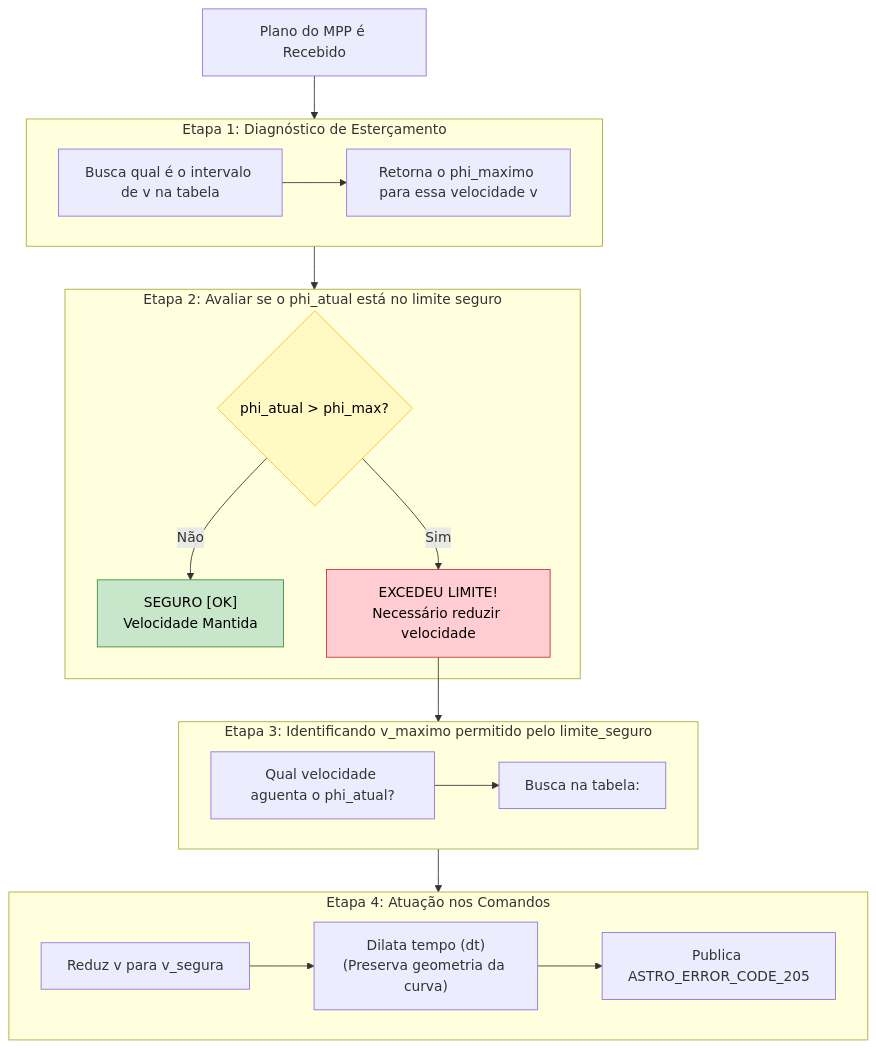
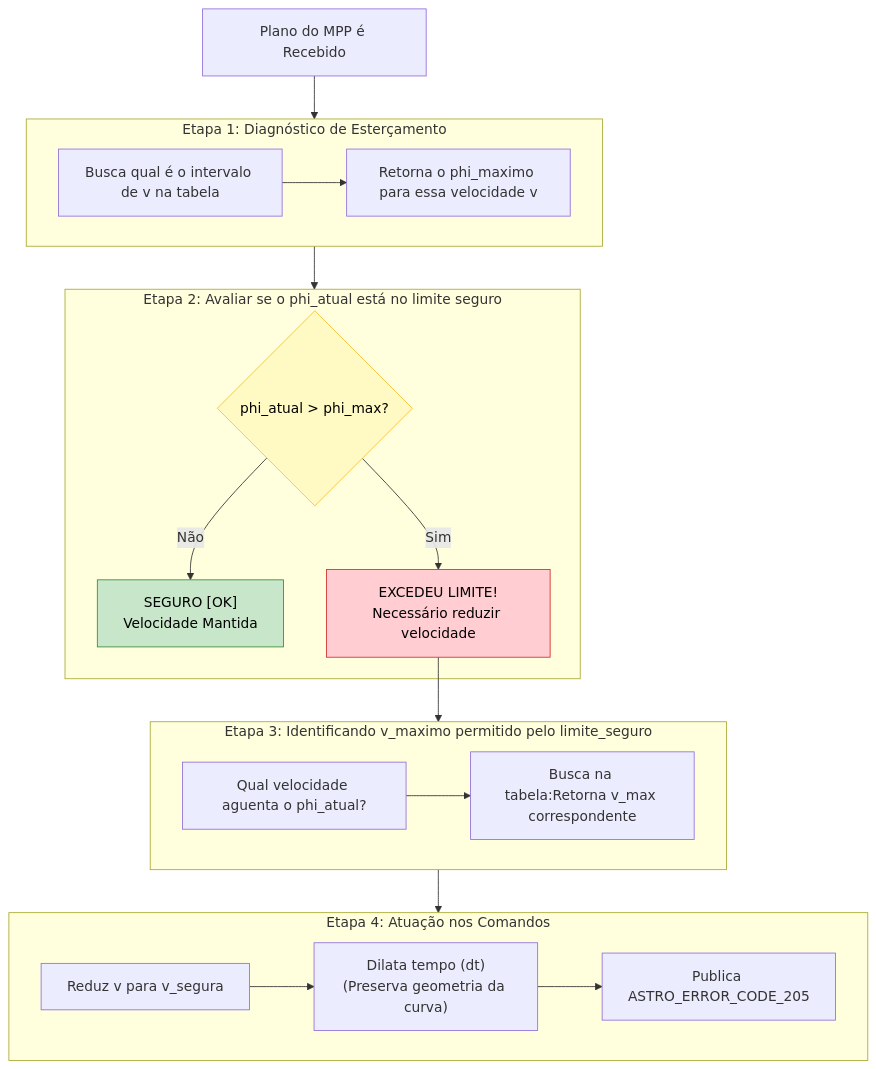
Before and after one commit to BrenoCSilva/lume: the diagram in README.md, drawn with Mermaid.

````diff
--- a/README.md
+++ b/README.md
@@ -53,36 +53,36 @@
 ```mermaid
 flowchart TD
     CMD["Plano do MPP é Recebido"] --> E1
     
     subgraph E1 ["Etapa 1: Diagnóstico de Esterçamento"]
         D1["Busca qual é o intervalo de v na tabela"]
         D1 --> D2["Retorna o phi_maximo para essa velocidade v"]
     end
     
     E1 --> E2
     
     subgraph E2 ["Etapa 2: Avaliar se o phi_atual está no limite seguro"]
         C1{"phi_atual > phi_max?"}
         C1 -->|Não| OK["SEGURO [OK]<br>Velocidade Mantida"]
         C1 -->|Sim| ALERTA["EXCEDEU LIMITE!<br>Necessário reduzir velocidade"]
     end
     
     ALERTA --> E3
 
     subgraph E3 ["Etapa 3: Identificando v_maximo permitido pelo limite_seguro"]
         T1["Qual velocidade aguenta o phi_atual?"]
-        T1 --> T2["Busca na tabela:<Retorna v_max correspondente"]
+        T1 --> T2["Busca na tabela:Retorna v_max correspondente"]
     end
     E3 --> E4
 
     subgraph E4 ["Etapa 4: Atuação nos Comandos"]
         A1["Reduz v para v_segura"]
         A2["Dilata tempo (dt)<br>(Preserva geometria da curva)"]
         A3["Publica ASTRO_ERROR_CODE_205"]
         A1 --> A2 --> A3
     end
 
     style OK fill:#c8e6c9,stroke:#388e3c,color:#000
     style ALERTA fill:#ffcdd2,stroke:#d32f2f,color:#000
     style C1 fill:#fff9c4,stroke:#fbc02d,color:#000
 ```
````
